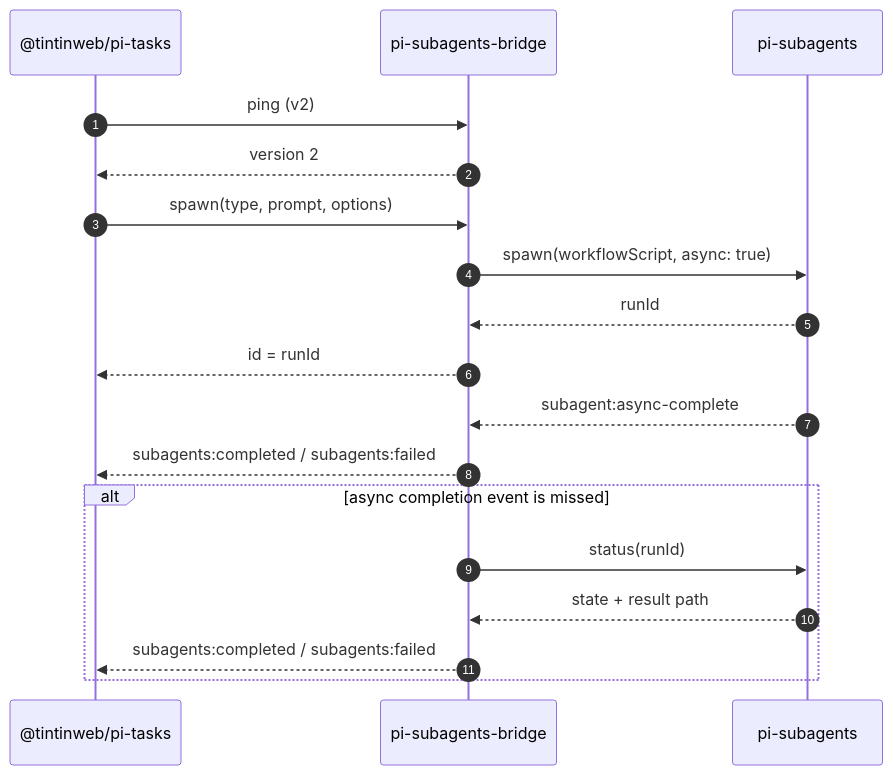
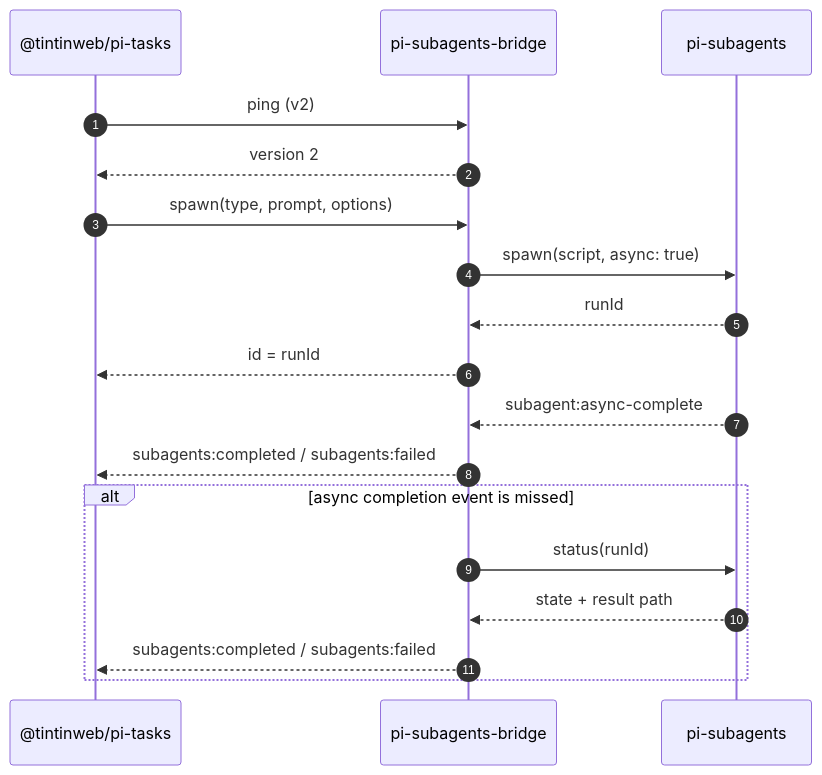
Before and after one commit to alexei-led/pi-subagents-bridge: the diagram in README.md, drawn with Mermaid. The commit also changed other lines of this file and 15 other files, not shown here.

````diff
--- a/README.md
+++ b/README.md
@@ -31,24 +31,24 @@
 ```mermaid
 sequenceDiagram
   autonumber
   participant Tasks as @tintinweb/pi-tasks
   participant Bridge as pi-subagents-bridge
   participant Subs as pi-subagents
 
   Tasks->>Bridge: ping (v2)
   Bridge-->>Tasks: version 2
 
   Tasks->>Bridge: spawn(type, prompt, options)
-  Bridge->>Subs: spawn(workflowScript, async: true)
+  Bridge->>Subs: spawn(script, async: true)
   Subs-->>Bridge: runId
   Bridge-->>Tasks: id = runId
 
   Subs-->>Bridge: subagent:async-complete
   Bridge-->>Tasks: subagents:completed / subagents:failed
 
   alt async completion event is missed
     Bridge->>Subs: status(runId)
     Subs-->>Bridge: state + result path
     Bridge-->>Tasks: subagents:completed / subagents:failed
   end
 ```
````
